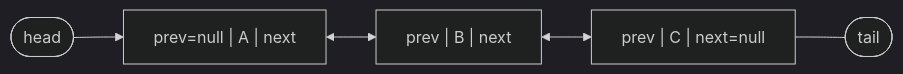
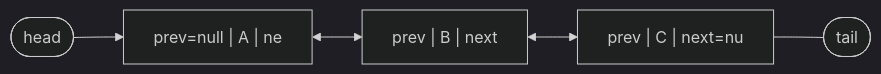
The fourth of 21 diagrams in _posts/java/2026-05-01-java-collections.md (yjkim2015/yjkim2015.github.io), drawn with Mermaid (dark theme) before and after one commit. The commit also changed other lines of this file and 271 other files, not shown here.

First line of the commit message:
Mermaid 라벨 축소: 긴 노드 텍스트 18자 이하로 트림 + \n 제거

````diff
--- a/_posts/java/2026-05-01-java-collections.md
+++ b/_posts/java/2026-05-01-java-collections.md
@@ -127,12 +127,12 @@
 ```mermaid
 graph LR
     HEAD(["head"])
     TAIL(["tail"])
-    A["prev=null | A | next"]
+    A["prev=null | A | ne"]
     B["prev | B | next"]
-    C["prev | C | next=null"]
+    C["prev | C | next=nu"]
     HEAD --> A
     A <--> B
     B <--> C
     C --- TAIL
 ```
````
